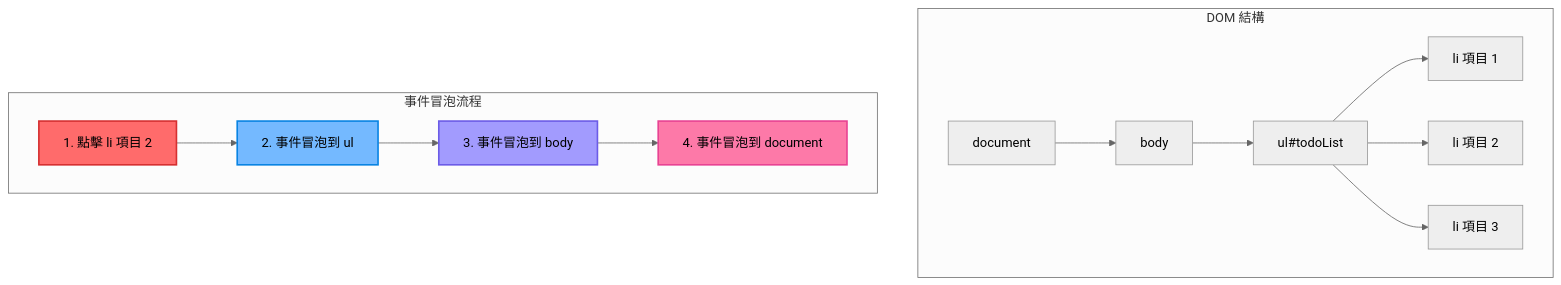
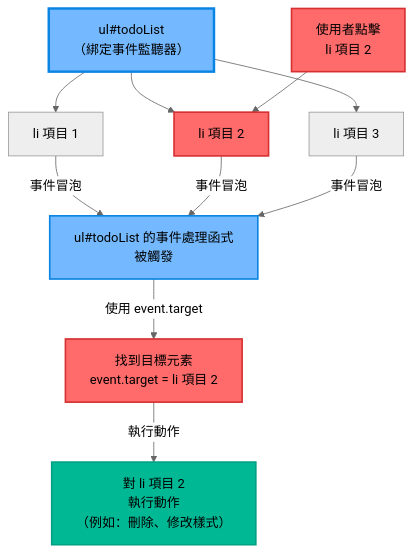
The fifth of 5 diagrams in source/_posts/lokiTech-js-baseclass-3.md (summer10920/summer10920.github.io), drawn with Mermaid (neutral theme) before and after one commit. The commit also changed other lines of this file and 3 other files, not shown here.

```diff
--- a/source/_posts/lokiTech-js-baseclass-3.md
+++ b/source/_posts/lokiTech-js-baseclass-3.md
@@ -1613,22 +1880,24 @@
 {% mermaid graph TD %}
-    subgraph DOM["DOM 結構"]
-        Document["document"]
-        Document --> Body["body"]
-        Body --> Ul["ul#todoList"]
-        Ul --> Li1["li 項目 1"]
-        Ul --> Li2["li 項目 2"]
-        Ul --> Li3["li 項目 3"]
-    end
-    
-    subgraph EventFlow["事件冒泡流程"]
-        Click1["1. 點擊 li 項目 2"]
-        Click1 --> Bubble1["2. 事件冒泡到 ul"]
-        Bubble1 --> Bubble2["3. 事件冒泡到 body"]
-        Bubble2 --> Bubble3["4. 事件冒泡到 document"]
-    end
-    
-    style Click1 fill:#ff6b6b,stroke:#d63031,stroke-width:2px
-    style Bubble1 fill:#74b9ff,stroke:#0984e3,stroke-width:2px
-    style Bubble2 fill:#a29bfe,stroke:#6c5ce7,stroke-width:2px
-    style Bubble3 fill:#fd79a8,stroke:#e84393,stroke-width:2px
+    %% DOM 結構
+    Ul["ul#todoList<br/>（綁定事件監聽器）"]
+    Ul --> Li1["li 項目 1"]
+    Ul --> Li2["li 項目 2"]
+    Ul --> Li3["li 項目 3"]
+
+    %% 事件流程
+    Click["使用者點擊<br/>li 項目 2"]
+    Click --> Li2
+    Li1 -->|"事件冒泡"| UlHandler
+    Li2 -->|"事件冒泡"| UlHandler
+    Li3 -->|"事件冒泡"| UlHandler
+    UlHandler["ul#todoList 的事件處理函式<br/>被觸發"] -->|"使用 event.target"| FindTarget["找到目標元素<br/>event.target = li 項目 2"]
+    FindTarget -->|"執行動作"| Action["對 li 項目 2<br/>執行動作<br/>（例如：刪除、修改樣式）"]
+
+    %% 樣式強調
+    style Click fill:#ff6b6b,stroke:#d63031,stroke-width:2px
+    style Li2 fill:#ff6b6b,stroke:#d63031,stroke-width:2px
+    style Ul fill:#74b9ff,stroke:#0984e3,stroke-width:3px
+    style UlHandler fill:#74b9ff,stroke:#0984e3,stroke-width:2px
+    style FindTarget fill:#ff6b6b,stroke:#d63031,stroke-width:2px
+    style Action fill:#00b894,stroke:#00a085,stroke-width:2px
 {% endmermaid %}
```
